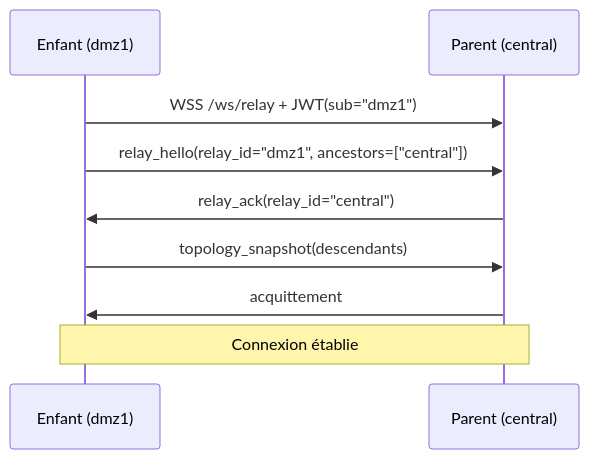
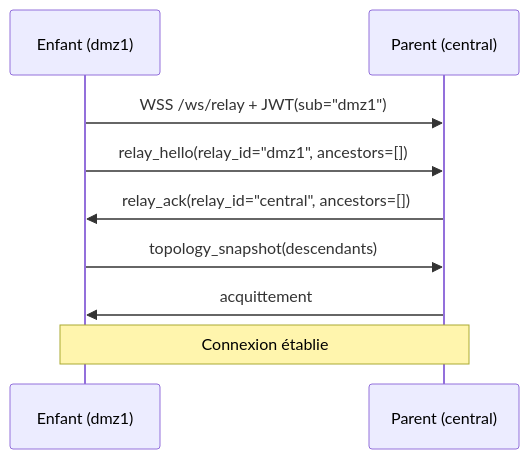
Before and after one commit to CCoupel/Ansible-SecAgent: the second of 3 diagrams in DOC/common/HLD.md, drawn with Mermaid. The commit also changed other lines of this file, not shown here.

First line of the commit message:
docs: HLD §6 repeater v3.0 → v3.1, sequence diagrams with ancestors

````diff
--- a/DOC/common/HLD.md
+++ b/DOC/common/HLD.md
@@ -581,12 +581,12 @@
 ```mermaid
 sequenceDiagram
     participant Child as Enfant (dmz1)
     participant Parent as Parent (central)
     
     Child->>Parent: WSS /ws/relay + JWT(sub="dmz1")
-    Child->>Parent: relay_hello(relay_id="dmz1", ancestors=["central"])
-    Parent->>Child: relay_ack(relay_id="central")
+    Child->>Parent: relay_hello(relay_id="dmz1", ancestors=[])
+    Parent->>Child: relay_ack(relay_id="central", ancestors=[])
     Child->>Parent: topology_snapshot(descendants)
     Parent->>Child: acquittement
     Note over Child,Parent: Connexion établie
 ```
````
